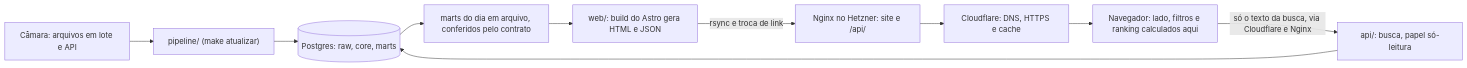
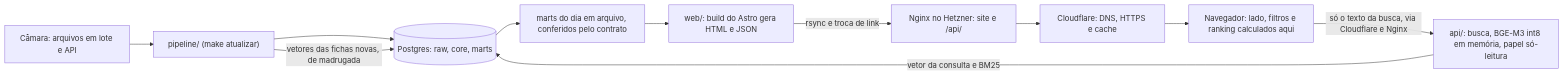
One commit to eduardocanova23/quem-esta-do-seu-lado changed the diagram in docs/arquitetura/mapa.md. Above: the diagram before and after it, drawn with Mermaid. The commit also changed other lines of this file and 4 other files, not shown here.

First line of the commit message:
docs(adr): 0006 busca, híbrida com o BGE-M3 em int8 dentro da API (#53)

````diff
--- a/docs/arquitetura/mapa.md
+++ b/docs/arquitetura/mapa.md
@@ -7,12 +7,13 @@
 ```mermaid
 flowchart LR
   camara[Câmara: arquivos em lote e API] --> pipeline["pipeline/ (make atualizar)"]
   pipeline --> pg[(Postgres: raw, core, marts)]
   pg --> export[marts do dia em arquivo, conferidos pelo contrato]
   export --> build["web/: build do Astro gera HTML e JSON"]
   build -- rsync e troca de link --> nginx["Nginx no Hetzner: site e /api/"]
   nginx --> cdn[Cloudflare: DNS, HTTPS e cache]
   cdn --> nav[Navegador: lado, filtros e ranking calculados aqui]
-  nav -- só o texto da busca, via Cloudflare e Nginx --> api["api/: busca, papel só-leitura"]
-  api --> pg
+  nav -- só o texto da busca, via Cloudflare e Nginx --> api["api/: busca, BGE-M3 int8 em memória, papel só-leitura"]
+  api -- vetor da consulta e BM25 --> pg
+  pipeline -- vetores das fichas novas, de madrugada --> pg
 ```
````
